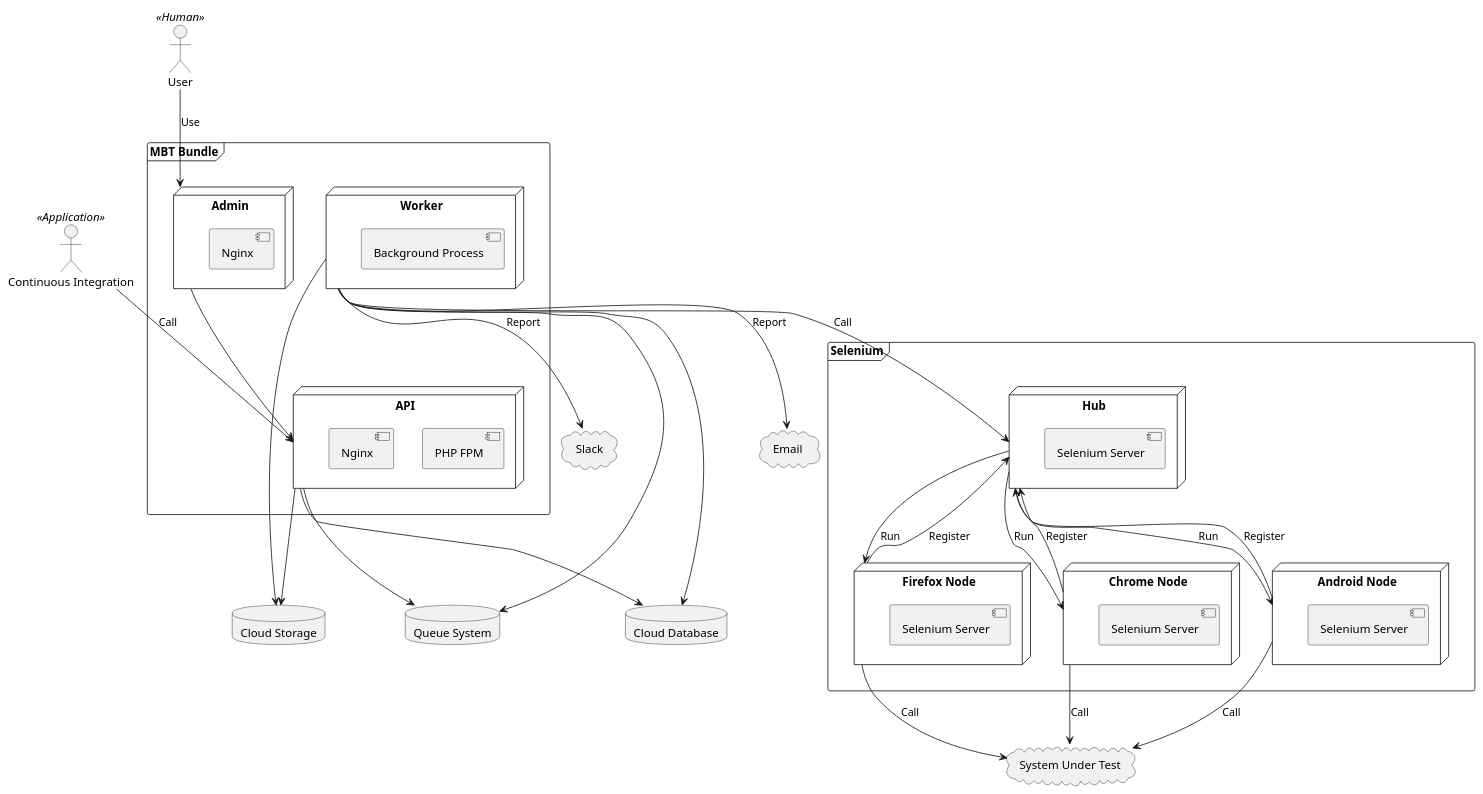
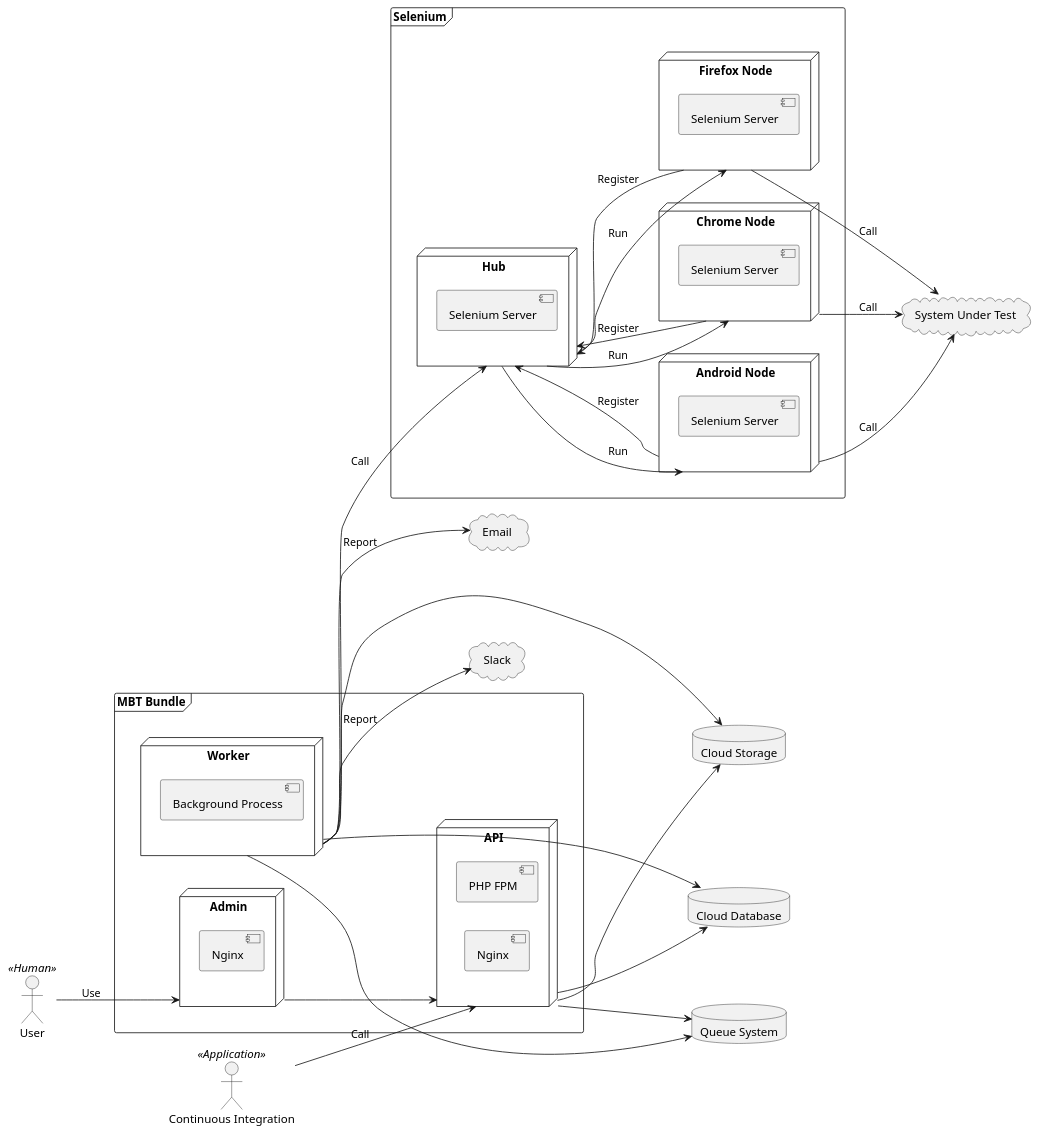
Before and after one commit to tienvx/mbt-assets: the diagram in diagrams/integration/deployment.plantuml, drawn with PlantUML. The commit also changed 1 other file, not shown here.

Commit message:
Update deployment diagram

```diff
--- a/diagrams/integration/deployment.plantuml
+++ b/diagrams/integration/deployment.plantuml
@@ -1,75 +1,77 @@
 @startuml
+
+left to right direction
 
 actor User as user << Human >>
 actor "Continuous Integration" as ci << Application >>
 
 cloud "System Under Test" as sut
 cloud "Slack" as slack
 cloud "Email" as email
 
 database "Cloud Storage" as storage
 database "Cloud Database" as database
 database "Queue System" as queue
 
 frame "MBT Bundle" as bundle {
     node API as api {
         [PHP FPM] as php_api
         [Nginx] as nginx_api
     }
 
     node Worker as worker {
         [Background Process] as process
     }
 
     node Admin as admin {
         [Nginx] as nginx_admin
     }
 }
 
 frame "Selenium" as selenium {
     node Hub as hub {
         [Selenium Server] as selenium_server_1
     }
 
     node "Firefox Node" as firefox {
         [Selenium Server] as selenium_server_2
     }
 
     node "Chrome Node" as chrome {
         [Selenium Server] as selenium_server_3
     }
 
     node "Android Node" as android {
         [Selenium Server] as selenium_server_4
     }
 }
 
+user --> admin : Use
+ci --> api : Call
+
+admin --> api
+
 api --> storage
 api --> database
 api --> queue
 
 worker --> storage
 worker --> database
 worker --> queue
-
-user --> admin : Use
-ci --> api : Call
 
 worker --> slack : Report
 worker --> email : Report
 
 worker --> hub : Call
 hub --> firefox: Run
 hub --> chrome: Run
 hub --> android: Run
 firefox --> hub: Register
 chrome --> hub: Register
 android --> hub: Register
 
 firefox --> sut : Call
 chrome --> sut : Call
 android --> sut : Call
 
-admin --> api
-
 @enduml
```
